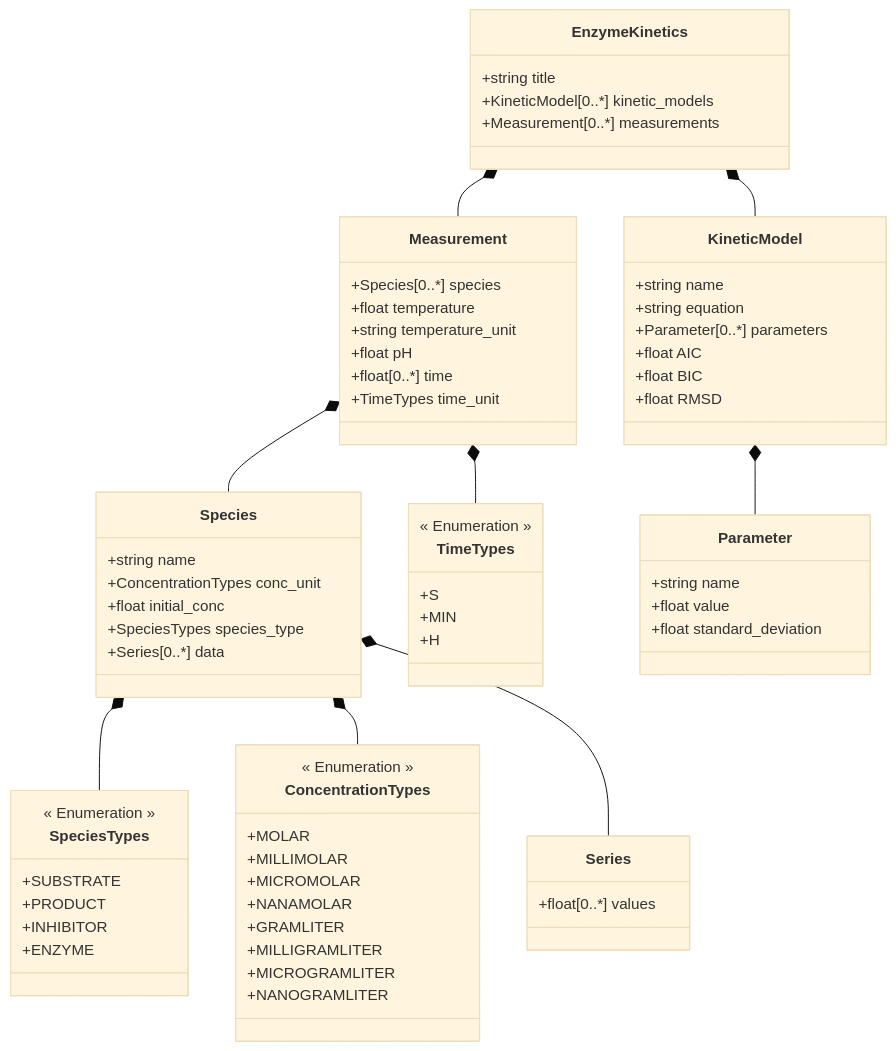
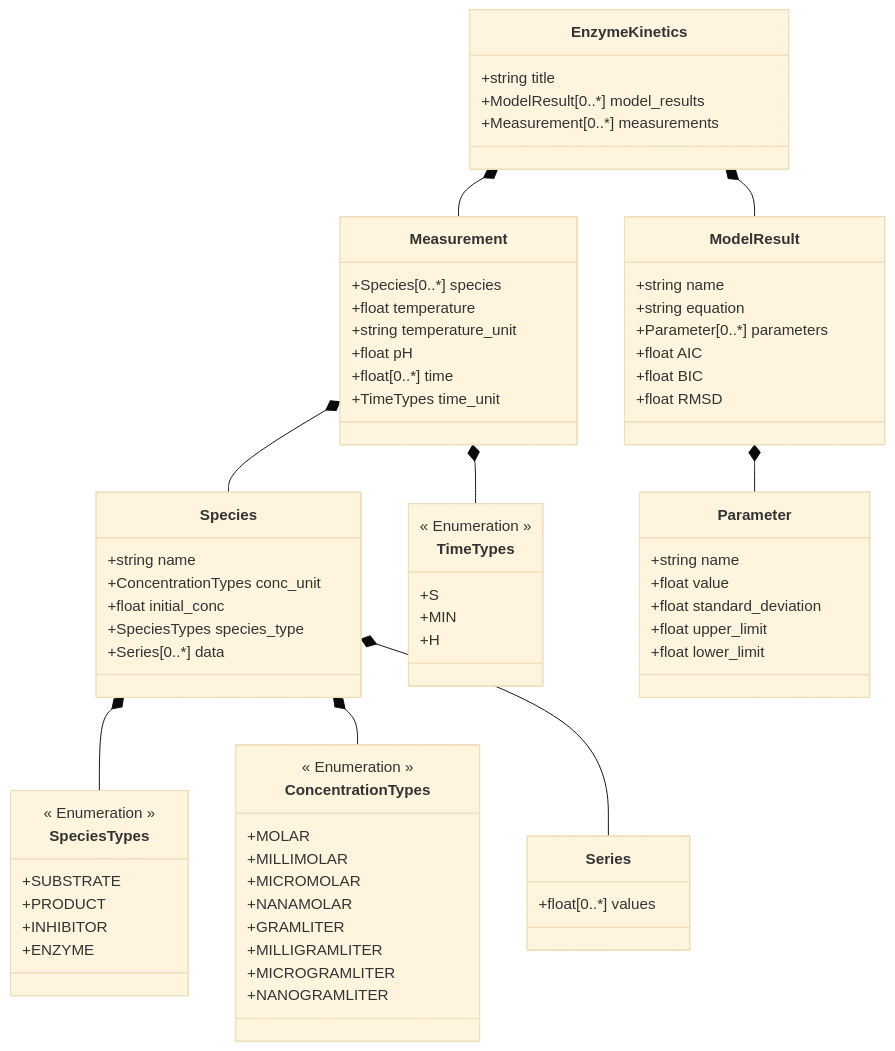
The diagram in EnzymePynetics/schemes/enzymepynetics_schema.md (FAIRChemistry/EnzymePynetics), drawn with Mermaid (base theme) before and after one commit. The commit also changed 8 other files, not shown here.

````diff
--- a/EnzymePynetics/schemes/enzymepynetics_schema.md
+++ b/EnzymePynetics/schemes/enzymepynetics_schema.md
@@ -1,81 +1,83 @@
 ```mermaid
 classDiagram
     EnzymeKinetics *-- Measurement
-    EnzymeKinetics *-- KineticModel
+    EnzymeKinetics *-- ModelResult
     Species *-- SpeciesTypes
     Species *-- ConcentrationTypes
     Species *-- Series
     Measurement *-- TimeTypes
     Measurement *-- Species
-    KineticModel *-- Parameter
+    ModelResult *-- Parameter
     
     class EnzymeKinetics {
         +string title
-        +KineticModel[0..*] kinetic_models
+        +ModelResult[0..*] model_results
         +Measurement[0..*] measurements
     }
     
     class Species {
         +string name
         +ConcentrationTypes conc_unit
         +float initial_conc
         +SpeciesTypes species_type
         +Series[0..*] data
     }
     
     class Measurement {
         +Species[0..*] species
         +float temperature
         +string temperature_unit
         +float pH
         +float[0..*] time
         +TimeTypes time_unit
     }
     
-    class KineticModel {
+    class ModelResult {
         +string name
         +string equation
         +Parameter[0..*] parameters
         +float AIC
         +float BIC
         +float RMSD
     }
     
     class Parameter {
         +string name
         +float value
         +float standard_deviation
+        +float upper_limit
+        +float lower_limit
     }
     
     class Series {
         +float[0..*] values
     }
     
     class SpeciesTypes {
         << Enumeration >>
         +SUBSTRATE
         +PRODUCT
         +INHIBITOR
         +ENZYME
     }
     
     class ConcentrationTypes {
         << Enumeration >>
         +MOLAR
         +MILLIMOLAR
         +MICROMOLAR
         +NANAMOLAR
         +GRAMLITER
         +MILLIGRAMLITER
         +MICROGRAMLITER
         +NANOGRAMLITER
     }
     
     class TimeTypes {
         << Enumeration >>
         +S
         +MIN
         +H
     }
     
 ```
````
